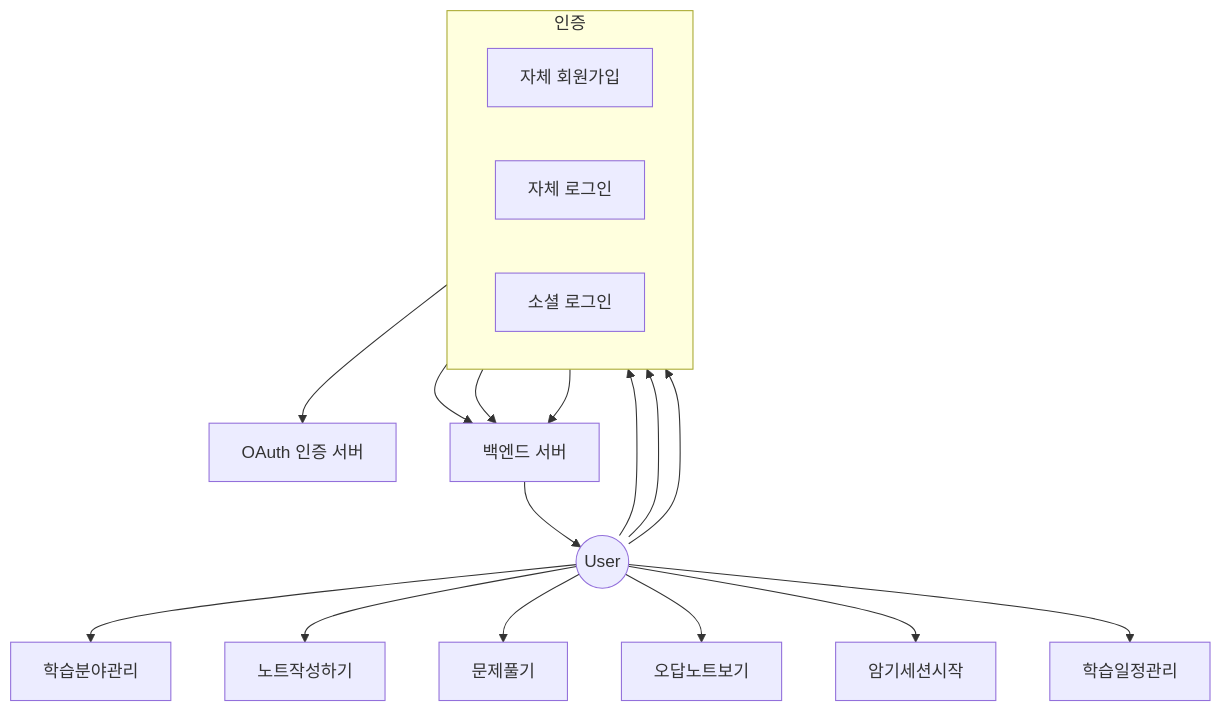
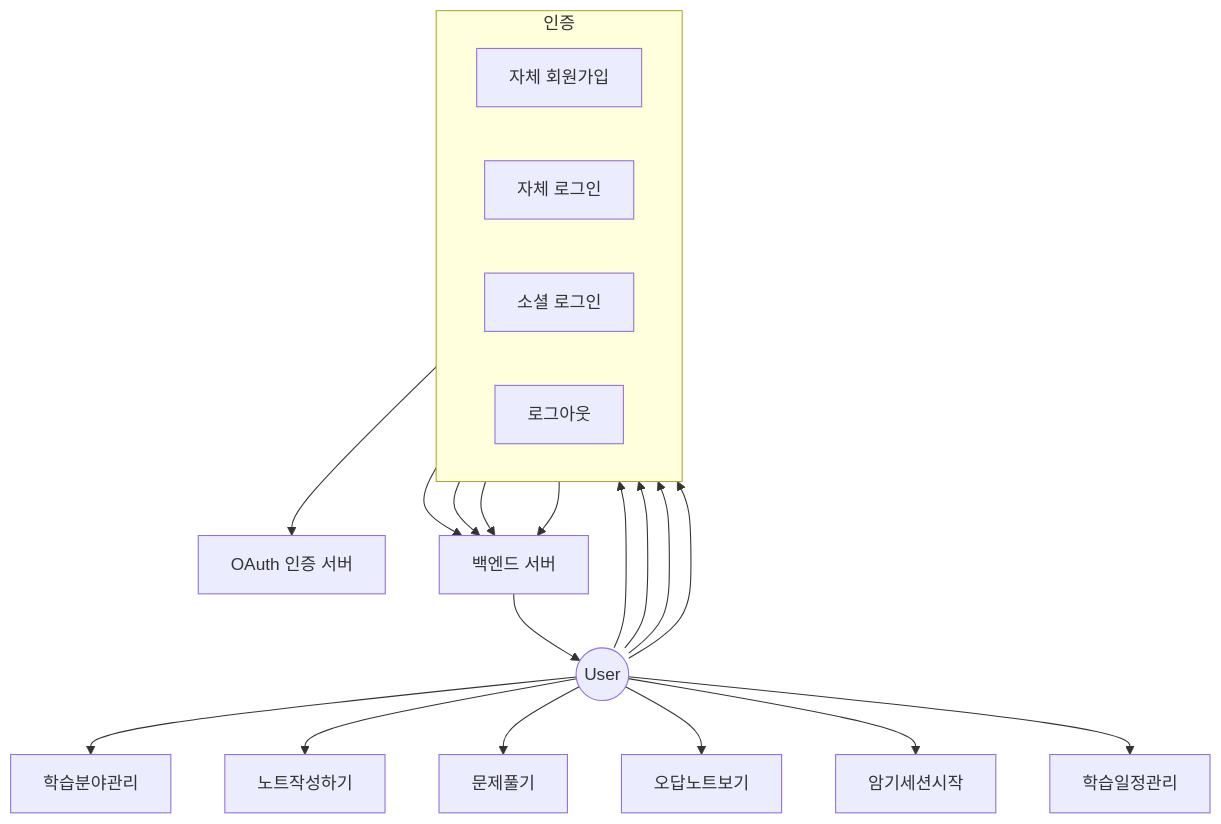
Before and after one commit to joje3029/StudyTrack: the diagram in studytrack-wiki/planning/use_cases_from_spec.md, drawn with Mermaid. The commit also changed other lines of this file and 1 other file, not shown here.

````diff
--- a/studytrack-wiki/planning/use_cases_from_spec.md
+++ b/studytrack-wiki/planning/use_cases_from_spec.md
@@ -7,25 +7,27 @@
 ```mermaid
 graph TD
   사용자((User))
 
   subgraph 인증
     direction LR
     A[자체 회원가입]
     B[자체 로그인]
     C[소셜 로그인]
+    D[로그아웃]
   end
 
   사용자 --> A
   사용자 --> B
   사용자 --> C
+  사용자 --> D
   사용자 --> 학습분야관리
   사용자 --> 노트작성하기
   사용자 --> 문제풀기
   사용자 --> 오답노트보기
   사용자 --> 암기세션시작
   사용자 --> 학습일정관리
 
   C --> 소셜서버[OAuth 인증 서버]
-  A & B & C --> 백엔드[백엔드 서버]
+  A & B & C & D --> 백엔드[백엔드 서버]
   백엔드 --> 사용자
 ```
````
